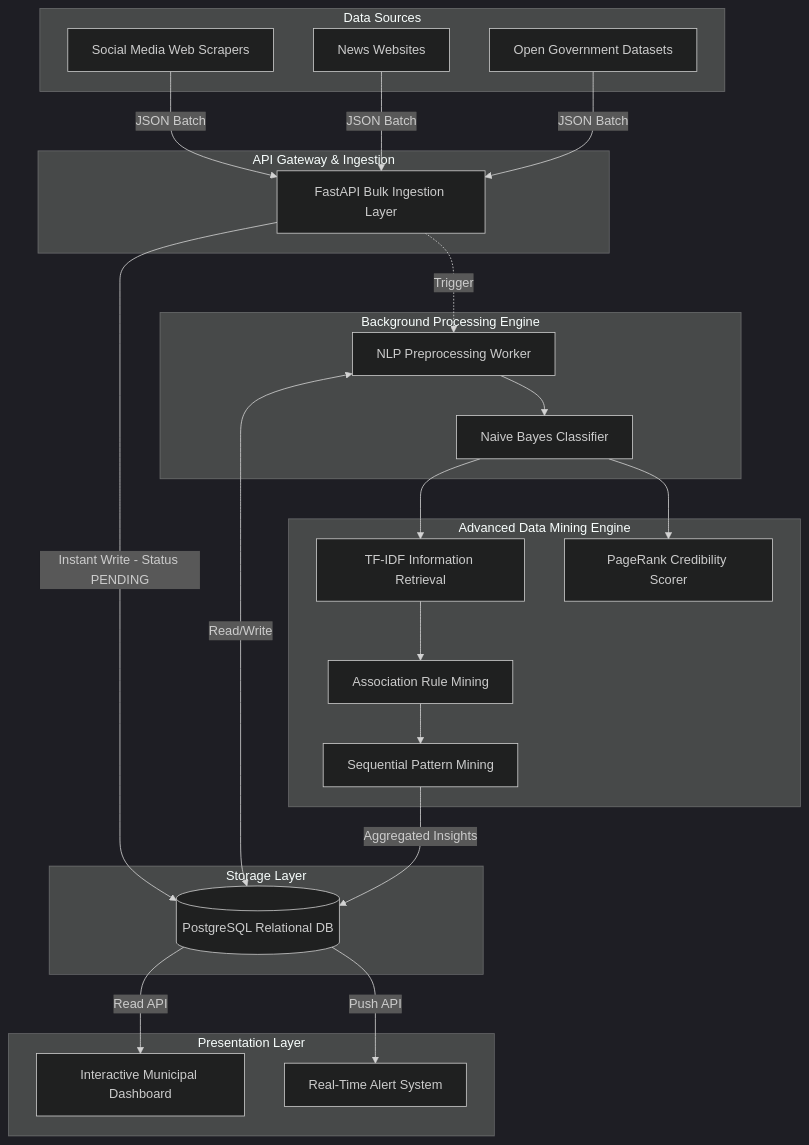
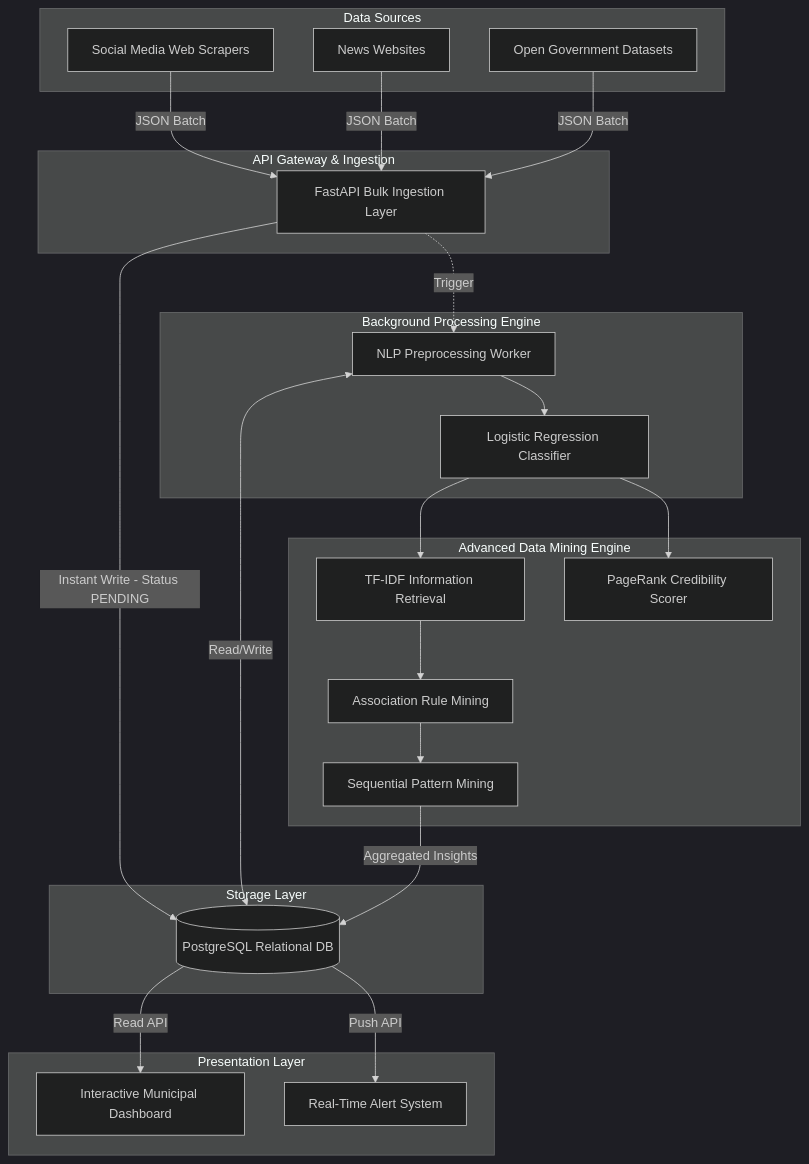
The diagram in SYSTEM_DESIGN.md (mahasri06/smart-urban-grievance-system), drawn with Mermaid (dark theme) before and after one commit. The commit also changed other lines of this file and 2 other files, not shown here.

Commit message:
docs: update system design and comments to reflect Logistic Regression instead of Naive Bayes

````diff
--- a/SYSTEM_DESIGN.md
+++ b/SYSTEM_DESIGN.md
@@ -11,52 +11,52 @@
 ```mermaid
 graph TD
     subgraph Data Sources
         SM[Social Media Web Scrapers]
         NW[News Websites]
         OD[Open Government Datasets]
     end
 
     subgraph API Gateway & Ingestion
         FA[FastAPI Bulk Ingestion Layer]
     end
 
     subgraph Storage Layer
         DB[(PostgreSQL Relational DB)]
     end
 
     subgraph Background Processing Engine
         NLP[NLP Preprocessing Worker]
-        CLASS[Naive Bayes Classifier]
+        CLASS[Logistic Regression Classifier]
     end
 
     subgraph Advanced Data Mining Engine
         TFIDF[TF-IDF Information Retrieval]
         PR[PageRank Credibility Scorer]
         ARM[Association Rule Mining]
         SPM[Sequential Pattern Mining]
     end
 
     subgraph Presentation Layer
         DASH[Interactive Municipal Dashboard]
         ALERT[Real-Time Alert System]
     end
 
     SM -->|JSON Batch| FA
     NW -->|JSON Batch| FA
     OD -->|JSON Batch| FA
 
     FA -->|Instant Write - Status PENDING| DB
     FA -.->|Trigger| NLP
 
     NLP <-->|Read/Write| DB
     NLP --> CLASS
 
     CLASS --> TFIDF
     CLASS --> PR
     TFIDF --> ARM
     ARM --> SPM
 
     SPM -->|Aggregated Insights| DB
     DB -->|Read API| DASH
     DB -->|Push API| ALERT
 ```
````
